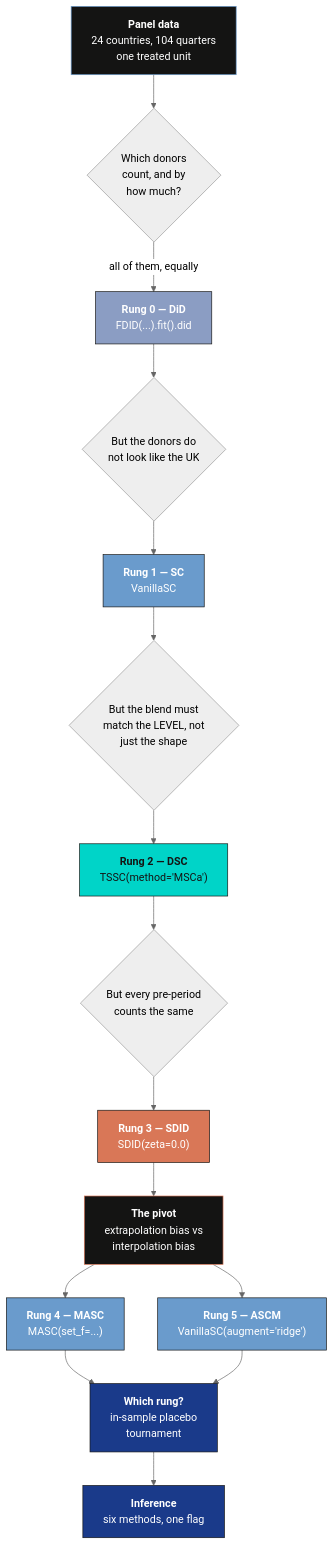
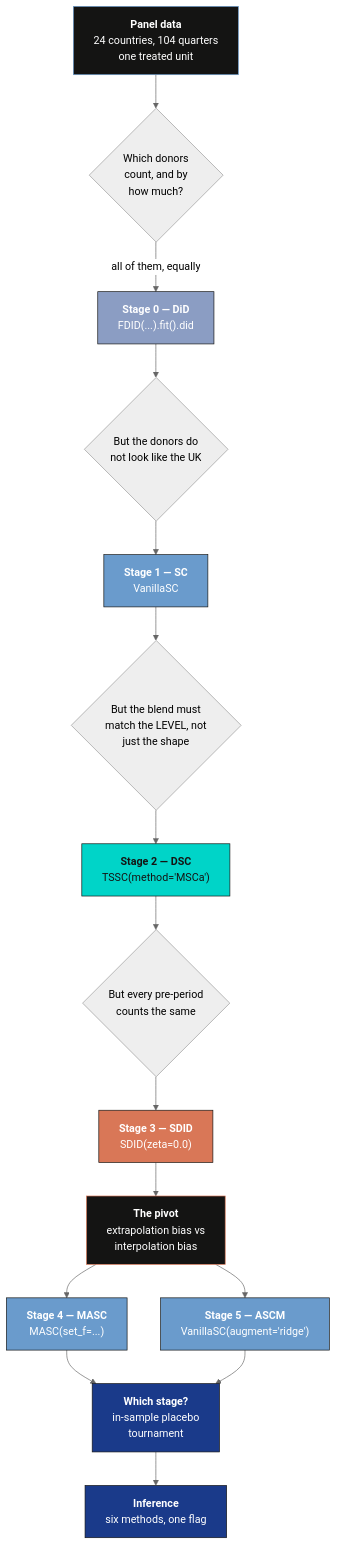
One commit to cmg777/starter-academic-v501 changed the first of 3 diagrams in content/post/python_sc_dsc_sdid/index.md. Above: the diagram before and after it, drawn with Mermaid (neutral theme). The commit also changed other lines of this file and 17 other files, not shown here.

First line of the commit message:
content(python_sc_dsc_sdid): "rung" becomes "stage" throughout

````diff
--- a/content/post/python_sc_dsc_sdid/index.md
+++ b/content/post/python_sc_dsc_sdid/index.md
@@ -126,27 +126,27 @@
 ```mermaid
 flowchart TD
     D["<b>Panel data</b><br/>24 countries, 104 quarters<br/>one treated unit"] --> Q0{"Which donors<br/>count, and by<br/>how much?"}
-    Q0 -->|"all of them, equally"| DID["<b>Rung 0 — DiD</b><br/>FDID(...).fit().did"]
+    Q0 -->|"all of them, equally"| DID["<b>Stage 0 — DiD</b><br/>FDID(...).fit().did"]
     DID --> Q1{"But the donors do<br/>not look like the UK"}
-    Q1 --> SC["<b>Rung 1 — SC</b><br/>VanillaSC"]
+    Q1 --> SC["<b>Stage 1 — SC</b><br/>VanillaSC"]
     SC --> Q2{"But the blend must<br/>match the LEVEL, not<br/>just the shape"}
-    Q2 --> DSC["<b>Rung 2 — DSC</b><br/>TSSC(method='MSCa')"]
+    Q2 --> DSC["<b>Stage 2 — DSC</b><br/>TSSC(method='MSCa')"]
     DSC --> Q3{"But every pre-period<br/>counts the same"}
-    Q3 --> SDID["<b>Rung 3 — SDID</b><br/>SDID(zeta=0.0)"]
+    Q3 --> SDID["<b>Stage 3 — SDID</b><br/>SDID(zeta=0.0)"]
     SDID --> PIVOT["<b>The pivot</b><br/>extrapolation bias vs<br/>interpolation bias"]
-    PIVOT --> MASC["<b>Rung 4 — MASC</b><br/>MASC(set_f=...)"]
-    PIVOT --> ASCM["<b>Rung 5 — ASCM</b><br/>VanillaSC(augment='ridge')"]
-    MASC --> SEL["<b>Which rung?</b><br/>in-sample placebo<br/>tournament"]
+    PIVOT --> MASC["<b>Stage 4 — MASC</b><br/>MASC(set_f=...)"]
+    PIVOT --> ASCM["<b>Stage 5 — ASCM</b><br/>VanillaSC(augment='ridge')"]
+    MASC --> SEL["<b>Which stage?</b><br/>in-sample placebo<br/>tournament"]
     ASCM --> SEL
     SEL --> INF["<b>Inference</b><br/>six methods, one flag"]
     style D fill:#141413,stroke:#6a9bcc,color:#fff
     style DID fill:#8b9dc3,stroke:#141413,color:#fff
     style SC fill:#6a9bcc,stroke:#141413,color:#fff
     style DSC fill:#00d4c8,stroke:#141413,color:#141413
     style SDID fill:#d97757,stroke:#141413,color:#fff
     style MASC fill:#6a9bcc,stroke:#141413,color:#fff
     style ASCM fill:#6a9bcc,stroke:#141413,color:#fff
     style PIVOT fill:#141413,stroke:#d97757,color:#fff
     style SEL fill:#1a3a8a,stroke:#141413,color:#fff
     style INF fill:#1a3a8a,stroke:#141413,color:#fff
 ```
````
